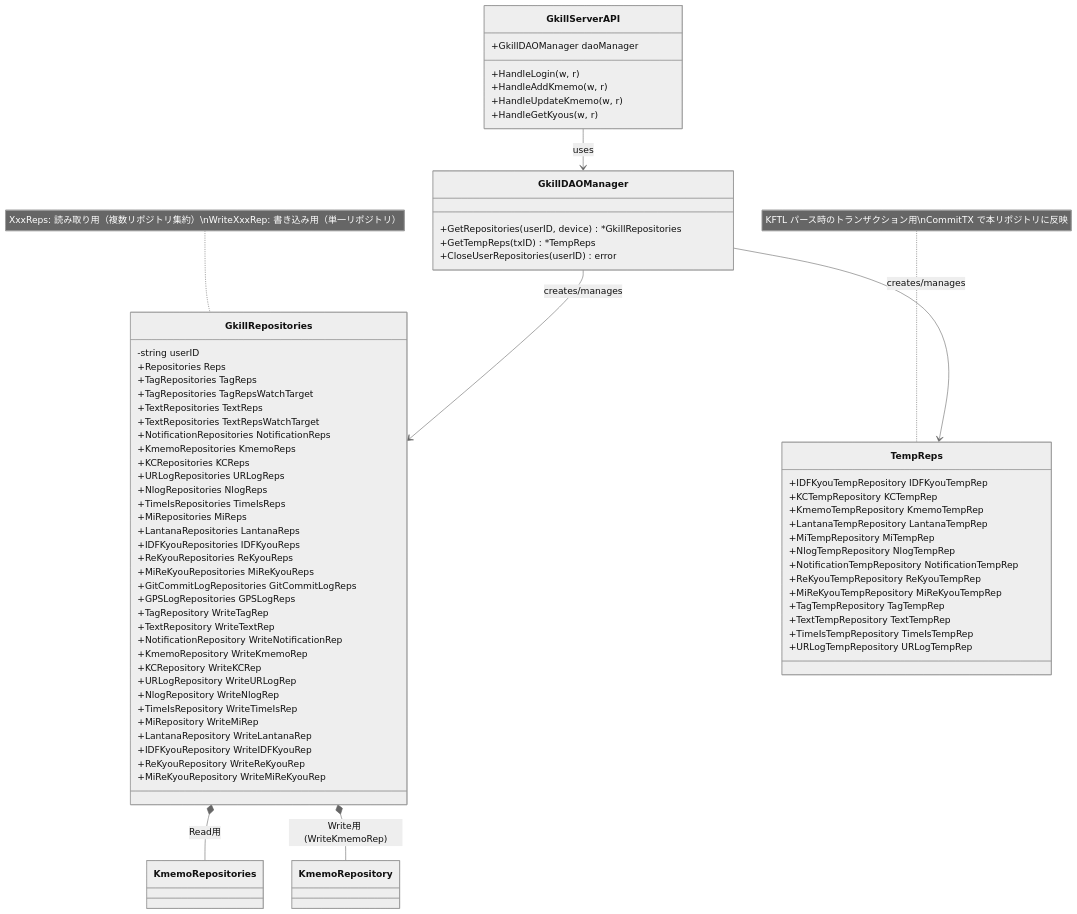
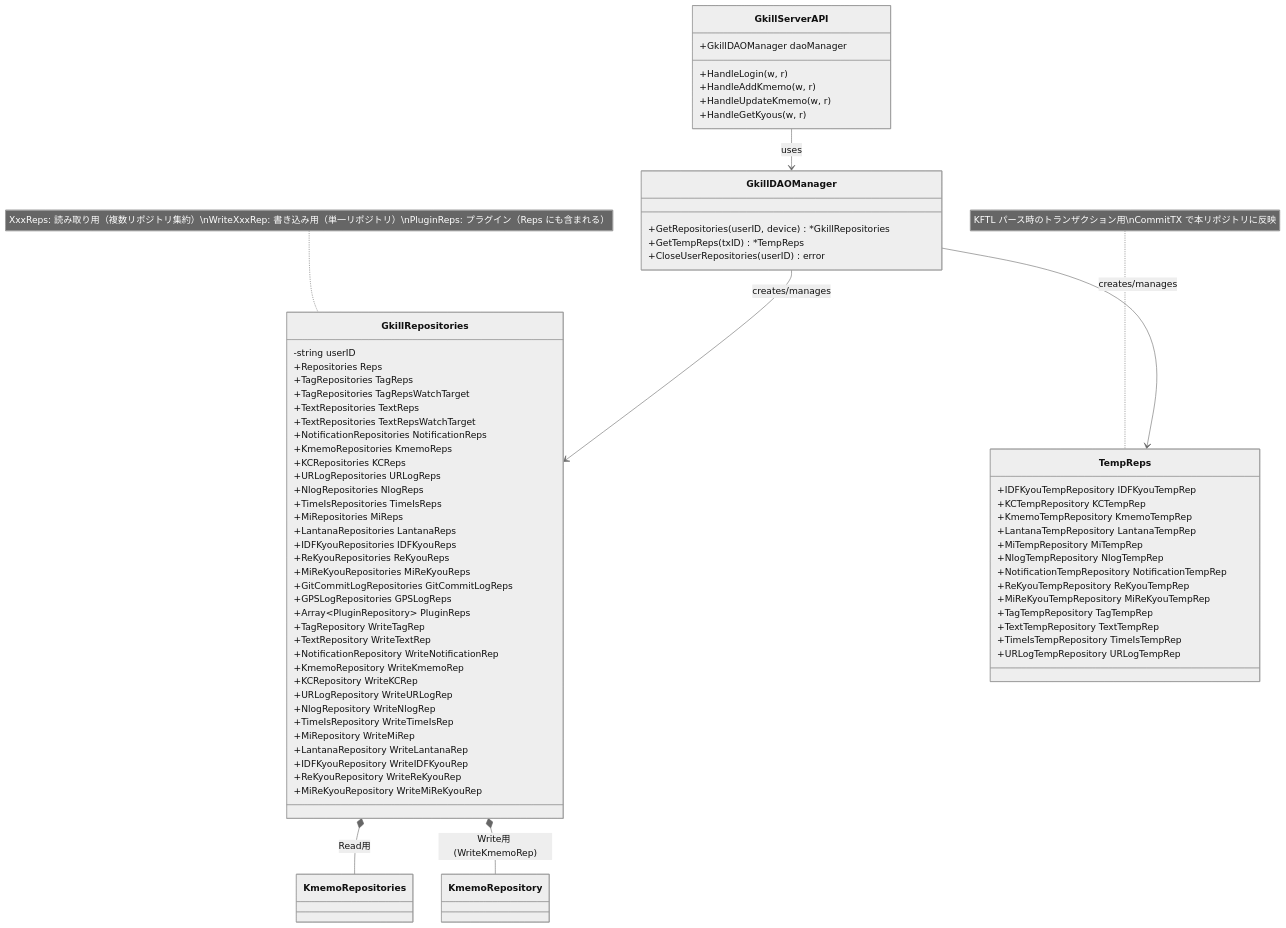
Before and after one commit to mt3hr/gkill: the third of 7 diagrams in documents/reverse/class-diagrams.md, drawn with Mermaid (neutral theme). The commit also changed other lines of this file and 25 other files, not shown here.

````diff
--- a/documents/reverse/class-diagrams.md
+++ b/documents/reverse/class-diagrams.md
@@ -300,77 +303,78 @@
 ```mermaid
 classDiagram
     class GkillRepositories {
         -string userID
         +Repositories Reps
         +TagRepositories TagReps
         +TagRepositories TagRepsWatchTarget
         +TextRepositories TextReps
         +TextRepositories TextRepsWatchTarget
         +NotificationRepositories NotificationReps
         +KmemoRepositories KmemoReps
         +KCRepositories KCReps
         +URLogRepositories URLogReps
         +NlogRepositories NlogReps
         +TimeIsRepositories TimeIsReps
         +MiRepositories MiReps
         +LantanaRepositories LantanaReps
         +IDFKyouRepositories IDFKyouReps
         +ReKyouRepositories ReKyouReps
         +MiReKyouRepositories MiReKyouReps
         +GitCommitLogRepositories GitCommitLogReps
         +GPSLogRepositories GPSLogReps
+        +Array~PluginRepository~ PluginReps
         +TagRepository WriteTagRep
         +TextRepository WriteTextRep
         +NotificationRepository WriteNotificationRep
         +KmemoRepository WriteKmemoRep
         +KCRepository WriteKCRep
         +URLogRepository WriteURLogRep
         +NlogRepository WriteNlogRep
         +TimeIsRepository WriteTimeIsRep
         +MiRepository WriteMiRep
         +LantanaRepository WriteLantanaRep
         +IDFKyouRepository WriteIDFKyouRep
         +ReKyouRepository WriteReKyouRep
         +MiReKyouRepository WriteMiReKyouRep
     }
 
     class TempReps {
         +IDFKyouTempRepository IDFKyouTempRep
         +KCTempRepository KCTempRep
         +KmemoTempRepository KmemoTempRep
         +LantanaTempRepository LantanaTempRep
         +MiTempRepository MiTempRep
         +NlogTempRepository NlogTempRep
         +NotificationTempRepository NotificationTempRep
         +ReKyouTempRepository ReKyouTempRep
         +MiReKyouTempRepository MiReKyouTempRep
         +TagTempRepository TagTempRep
         +TextTempRepository TextTempRep
         +TimeIsTempRepository TimeIsTempRep
         +URLogTempRepository URLogTempRep
     }
 
     class GkillDAOManager {
         +GetRepositories(userID, device) *GkillRepositories
         +GetTempReps(txID) *TempReps
         +CloseUserRepositories(userID) error
     }
 
     class GkillServerAPI {
         +GkillDAOManager daoManager
         +HandleLogin(w, r)
         +HandleAddKmemo(w, r)
         +HandleUpdateKmemo(w, r)
         +HandleGetKyous(w, r)
-        %% 残り82エンドポイント省略（合計85登録）
+        %% 残り84エンドポイント省略（合計88登録）
     }
 
     GkillServerAPI --> GkillDAOManager : uses
     GkillDAOManager --> GkillRepositories : creates/manages
     GkillDAOManager --> TempReps : creates/manages
     GkillRepositories *-- KmemoRepositories : Read用
     GkillRepositories *-- KmemoRepository : Write用 (WriteKmemoRep)
 
-    note for GkillRepositories "XxxReps: 読み取り用（複数リポジトリ集約）\nWriteXxxRep: 書き込み用（単一リポジトリ）"
+    note for GkillRepositories "XxxReps: 読み取り用（複数リポジトリ集約）\nWriteXxxRep: 書き込み用（単一リポジトリ）\nPluginReps: プラグイン（Reps にも含まれる）"
     note for TempReps "KFTL パース時のトランザクション用\nCommitTX で本リポジトリに反映"
 ```
````
